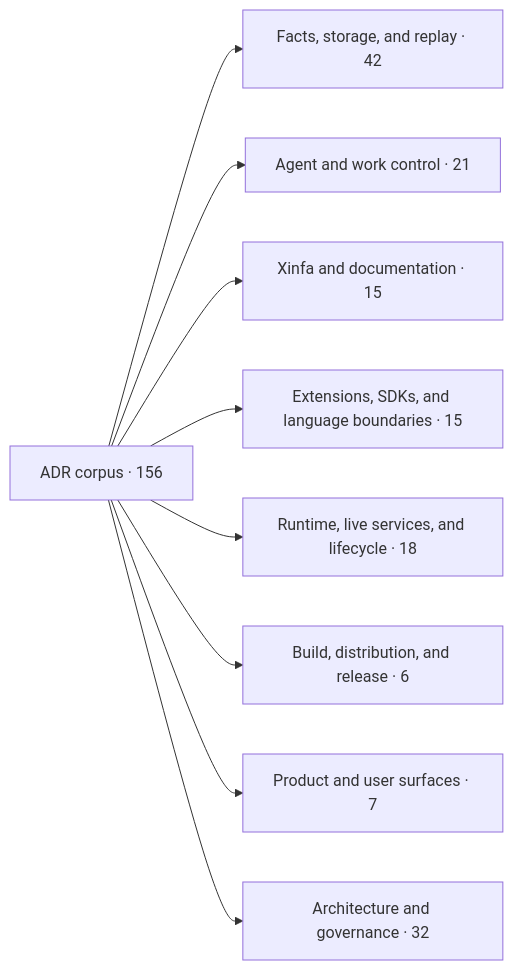
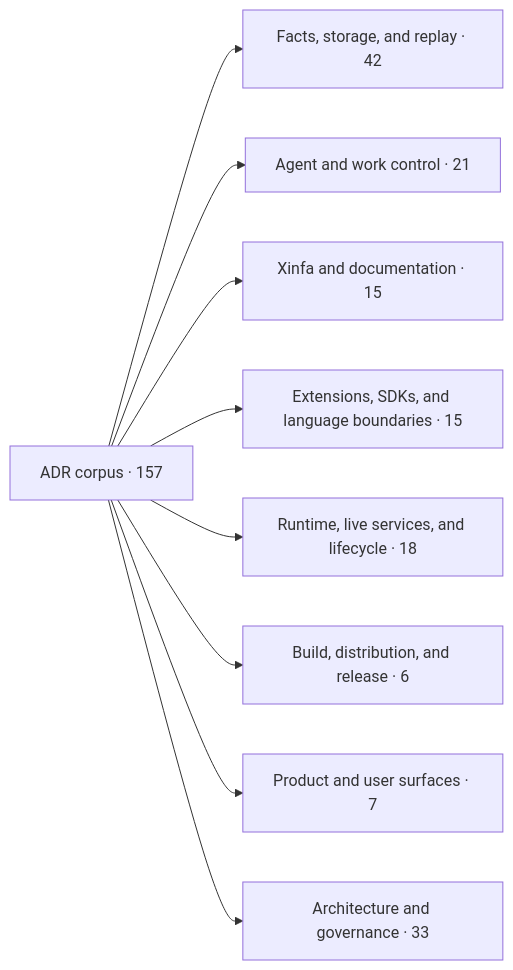
The first of 2 diagrams in docs/architecture/adr-map.md (PterX/kungfu), drawn with Mermaid before and after one commit. The commit also changed other lines of this file and 27 other files, not shown here.

````diff
--- a/docs/architecture/adr-map.md
+++ b/docs/architecture/adr-map.md
@@ -20,12 +20,12 @@
 ```mermaid
 flowchart LR
-  root["ADR corpus · 156"]
+  root["ADR corpus · 157"]
   root --> d0["Facts, storage, and replay · 42"]
   root --> d1["Agent and work control · 21"]
   root --> d2["Xinfa and documentation · 15"]
   root --> d3["Extensions, SDKs, and language boundaries · 15"]
   root --> d4["Runtime, live services, and lifecycle · 18"]
   root --> d5["Build, distribution, and release · 6"]
   root --> d6["Product and user surfaces · 7"]
-  root --> d7["Architecture and governance · 32"]
+  root --> d7["Architecture and governance · 33"]
 ```
````
